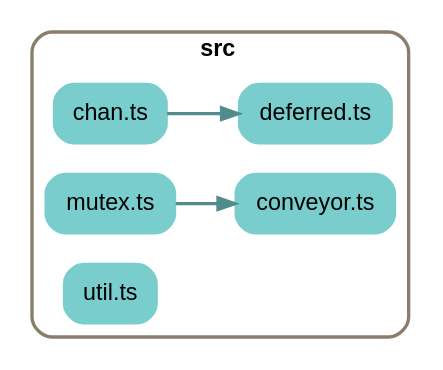
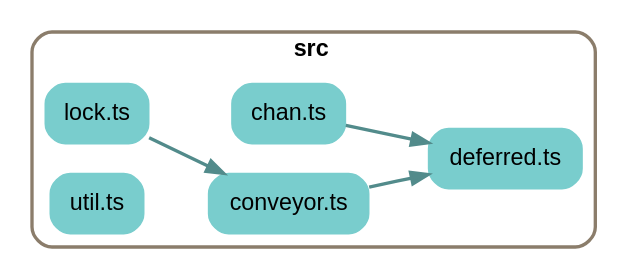
One commit to cinnamon-bun/concurrency-friends changed the diagram in depchart/depchart-basic.dot. Above: the diagram before and after it, drawn with Graphviz. The commit also changed 5 other files, not shown here.

```diff
--- a/depchart/depchart-basic.dot
+++ b/depchart/depchart-basic.dot
@@ -1,32 +1,33 @@
 
 digraph G {
     //splines=line;
     //splines=polyline;
     splines=true;
     rankdir=LR;
     //newrank=true;
     compound=true;
     graph [fontname = "helvetica"];  // dpi=72
     node [fontname = "helvetica"];
     edge [fontname = "helvetica"];
     
     // files in their folder clusters
 
-    subgraph cluster2311094660 {
+    subgraph cluster348294874 {
         label=<<b>src</b>>;
         style="rounded";
         color=bisque4;
         penwidth=2;
                 
         "src/chan.ts" [label="chan.ts", shape=rectangle; style="rounded,filled"; color=darkslategray3];
         "src/conveyor.ts" [label="conveyor.ts", shape=rectangle; style="rounded,filled"; color=darkslategray3];
         "src/deferred.ts" [label="deferred.ts", shape=rectangle; style="rounded,filled"; color=darkslategray3];
-        "src/mutex.ts" [label="mutex.ts", shape=rectangle; style="rounded,filled"; color=darkslategray3];
+        "src/lock.ts" [label="lock.ts", shape=rectangle; style="rounded,filled"; color=darkslategray3];
         "src/util.ts" [label="util.ts", shape=rectangle; style="rounded,filled"; color=darkslategray3];
     }
 
     // edges between files
     "src/chan.ts" -> "src/deferred.ts" [penwidth=2; color=darkslategray4];
-    "src/mutex.ts" -> "src/conveyor.ts" [penwidth=2; color=darkslategray4];
+    "src/conveyor.ts" -> "src/deferred.ts" [penwidth=2; color=darkslategray4];
+    "src/lock.ts" -> "src/conveyor.ts" [penwidth=2; color=darkslategray4];
 
 }
```
